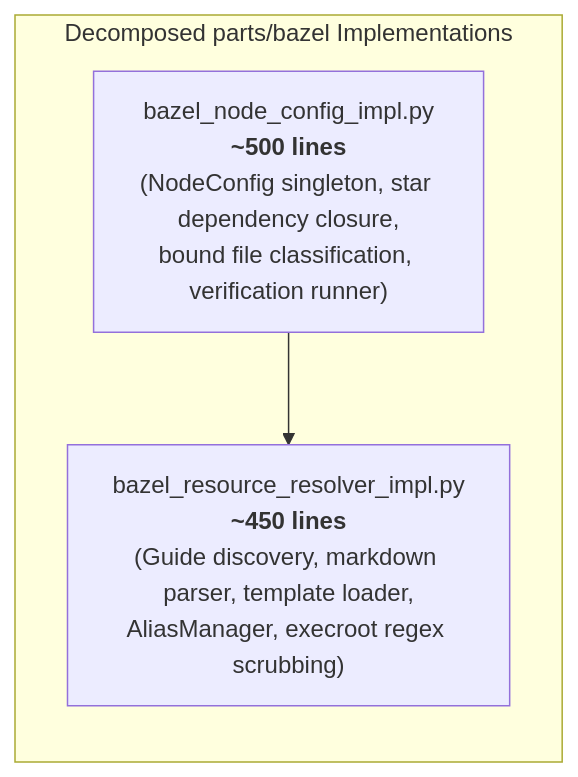
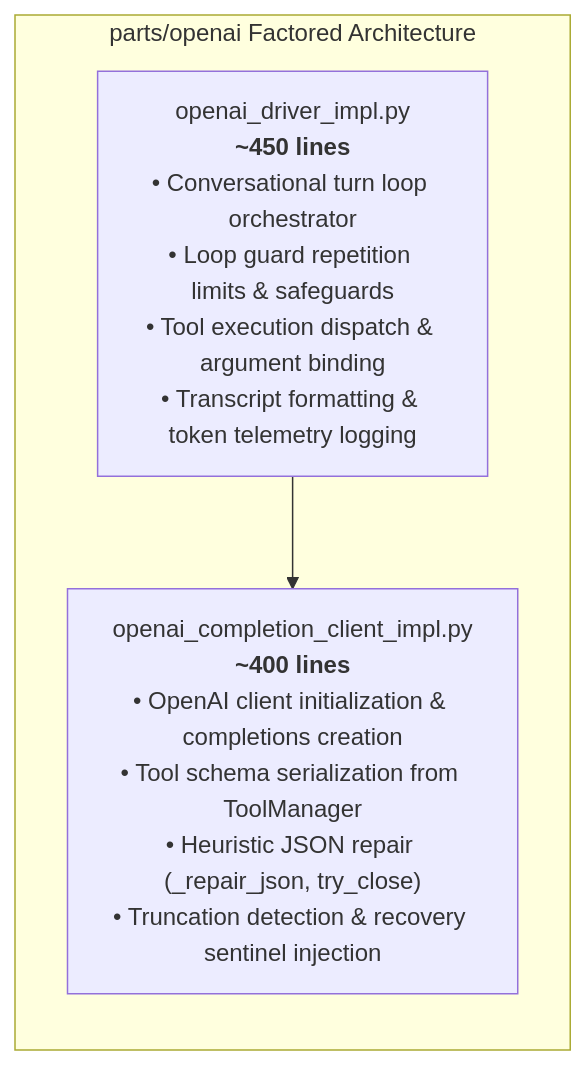
Before and after one commit to mcdirmid/cleanroom: the fourth of 6 diagrams in design-docs/component_modularization_todo.md, drawn with Mermaid. The commit also changed other lines of this file and 103 other files, not shown here.

````diff
--- a/design-docs/component_modularization_todo.md
+++ b/design-docs/component_modularization_todo.md
@@ -138,9 +279,9 @@
 ```mermaid
 flowchart LR
-    subgraph Bazel_Decomposition["Decomposed parts/bazel Implementations"]
-        RES["bazel_resource_resolver_impl.py<br/><b>~450 lines</b><br/>(Guide discovery, markdown parser, template loader,<br/>AliasManager, execroot regex scrubbing)"]
-        CFG["bazel_node_config_impl.py<br/><b>~500 lines</b><br/>(NodeConfig singleton, star dependency closure,<br/>bound file classification, verification runner)"]
+    subgraph Decomposed_OpenAI ["parts/openai Factored Architecture"]
+        COMP["openai_completion_client_impl.py<br/><b>~400 lines</b><br/>• OpenAI client initialization & completions creation<br/>• Tool schema serialization from ToolManager<br/>• Heuristic JSON repair (_repair_json, try_close)<br/>• Truncation detection & recovery sentinel injection"]
+        DRV["openai_driver_impl.py<br/><b>~450 lines</b><br/>• Conversational turn loop orchestrator<br/>• Loop guard repetition limits & safeguards<br/>• Tool execution dispatch & argument binding<br/>• Transcript formatting & token telemetry logging"]
     end
 
-    CFG --> RES
+    DRV --> COMP
 ```
````
